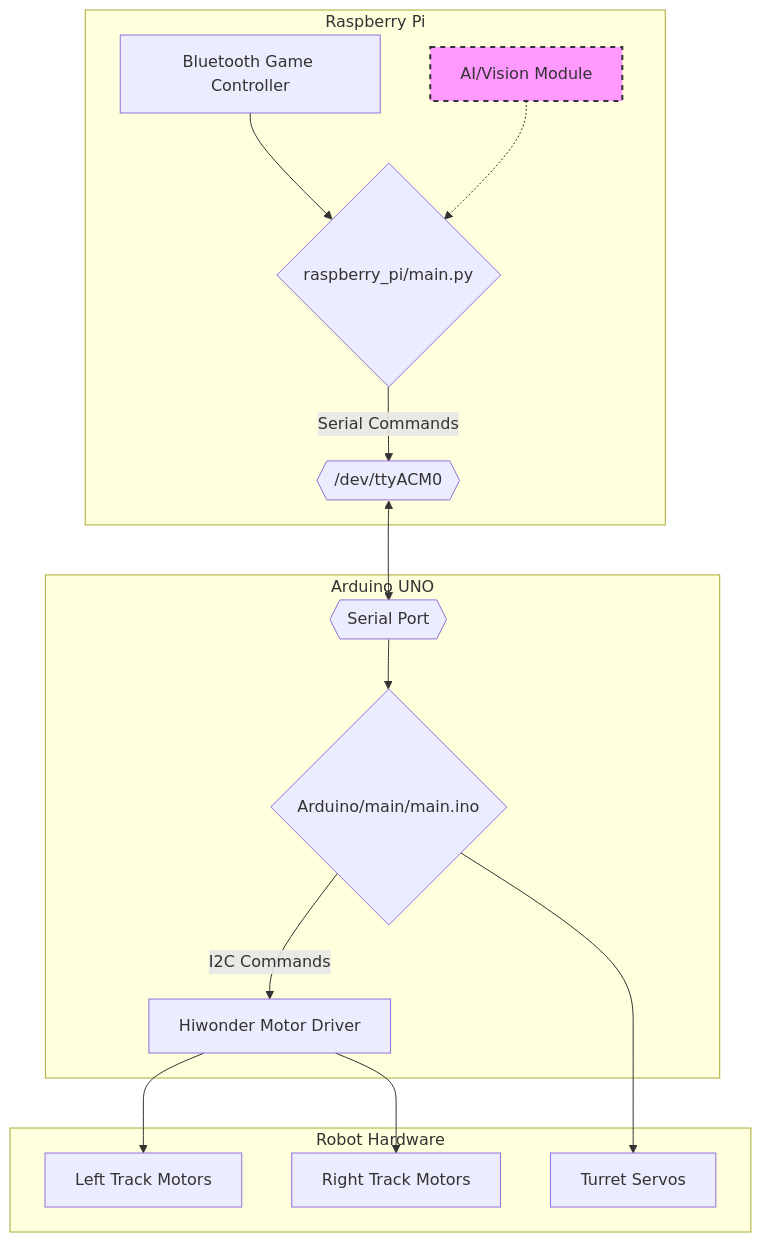
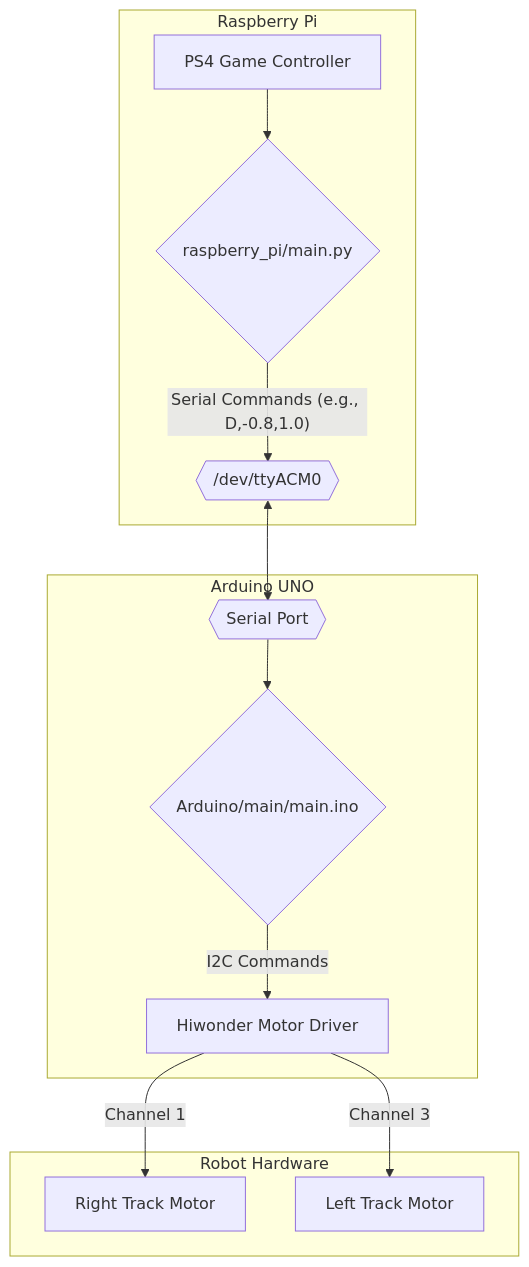
Before and after one commit to jugddd/Think-Tank: the diagram in README.md, drawn with Mermaid. The commit also changed other lines of this file, not shown here.

````diff
--- a/README.md
+++ b/README.md
@@ -9,23 +9,19 @@
 ```mermaid
 graph TD
     subgraph Raspberry Pi
-        A[Bluetooth Game Controller] --> B{raspberry_pi/main.py};
-        B -- "Serial Commands" --> C{{/dev/ttyACM0}};
-        D[AI/Vision Module] -.-> B;
+        A[PS4 Game Controller] --> B{raspberry_pi/main.py};
+        B -- "Serial Commands (e.g., D,-0.8,1.0)" --> C{{/dev/ttyACM0}};
     end
 
     subgraph Arduino UNO
         E{{Serial Port}} --> F{Arduino/main/main.ino};
         F -- "I2C Commands" --> G[Hiwonder Motor Driver];
     end
 
     subgraph Robot Hardware
-        G --> H[Left Track Motors];
-        G --> I[Right Track Motors];
-        F --> J[Turret Servos];
+        G -- "Channel 1" --> H[Right Track Motor];
+        G -- "Channel 3" --> I[Left Track Motor];
     end
 
     C <--> E;
-
-    style D fill:#f9f,stroke:#333,stroke-width:2px,stroke-dasharray: 5 5
 ```
````
